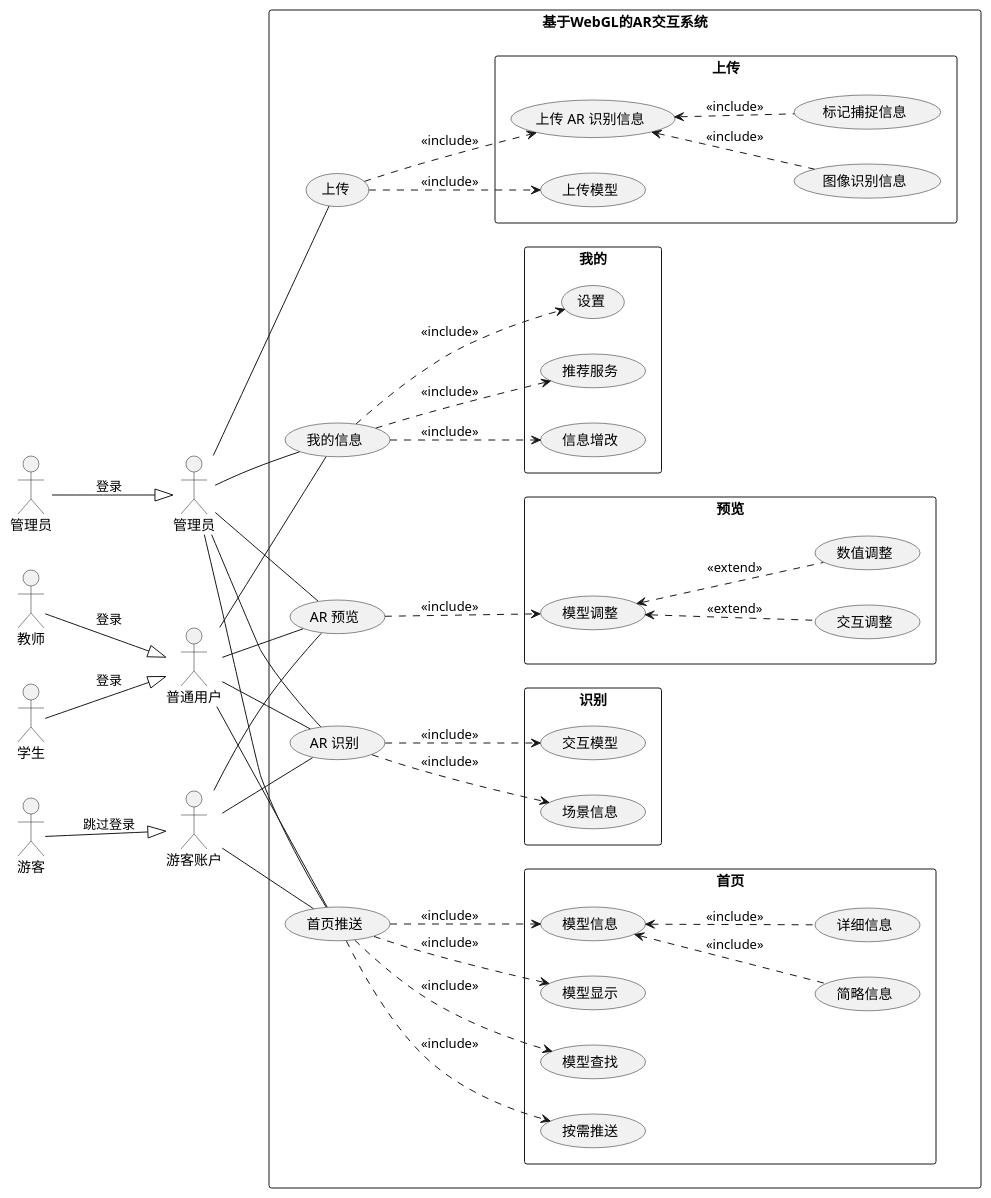
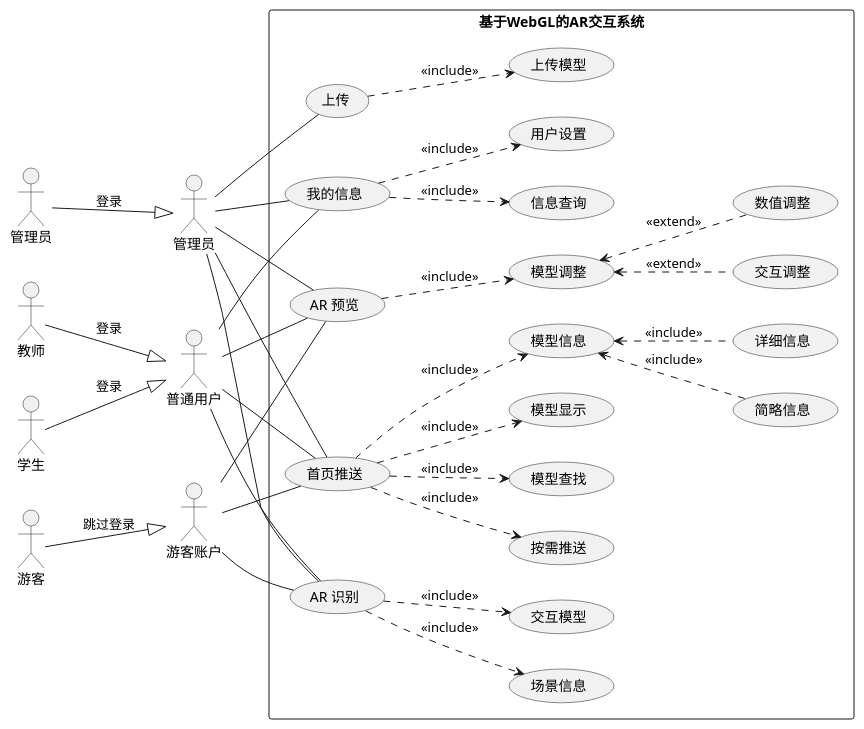
One commit to Pionpill/Collage-BachelorThesis changed the diagram in docs/thesis/drafts/UserCase.puml. Above: the diagram before and after it, drawn with PlantUML. The commit also changed 39 other files, not shown here.

```diff
--- a/docs/thesis/drafts/UserCase.puml
+++ b/docs/thesis/drafts/UserCase.puml
@@ -1,74 +1,60 @@
 @startuml
     left to right direction
     :学生: as student
     :管理员: as admin
     :游客: as visitor
     :教师: as teacher
     :管理员: as adminAccount
     :普通用户: as commonAccount
     :游客账户: as visitorAccount
 
     rectangle 基于WebGL的AR交互系统{
         (首页推送) as home
         (AR 预览) as preview
         (AR 识别) as identify
         (我的信息) as my
         (上传) as update
 
-        rectangle 首页 {
             home ..> (按需推送):<<include>>
             home ..> (模型查找):<<include>>
             home ..> (模型显示):<<include>>
             home ..> (模型信息):<<include>>
 
             (模型信息) <.. (简略信息):<<include>>
             (模型信息) <.. (详细信息):<<include>>
-        }
 
-        rectangle 预览 {
             preview ..> (模型调整):<<include>>
 
             (模型调整) <.. (交互调整):<<extend>>
             (模型调整) <.. (数值调整):<<extend>>
-        }
 
-        rectangle 识别 {
             identify ..> (交互模型):<<include>>
             identify ..> (场景信息):<<include>>
-        }
 
-        rectangle 我的 {
-            my ..> (信息增改):<<include>>
-            my ..> (推荐服务):<<include>>
-            my ..> (设置):<<include>>
-        }
+            my ..> (信息查询):<<include>>
+            my ..> (用户设置):<<include>>
 
-        rectangle 上传 {
           update ..> (上传模型):<<include>>
-          update ..> (上传 AR 识别信息):<<include>>
-          (上传 AR 识别信息) <.. (图像识别信息):<<include>>
-          (上传 AR 识别信息) <.. (标记捕捉信息):<<include>>
-        }
 
     }
 
     student --|> commonAccount:"登录"
     teacher --|> commonAccount:"登录"
     admin --|> adminAccount:"登录"
     visitor --|> visitorAccount:"跳过登录"
 
     adminAccount -- home
     adminAccount -- preview
     adminAccount -- identify
     adminAccount -- update
     adminAccount -- my
 
     commonAccount -- home
     commonAccount -- my
     commonAccount -- preview
     commonAccount -- identify
 
     visitorAccount -- home
     visitorAccount -- preview
     visitorAccount -- identify
 @enduml
```
